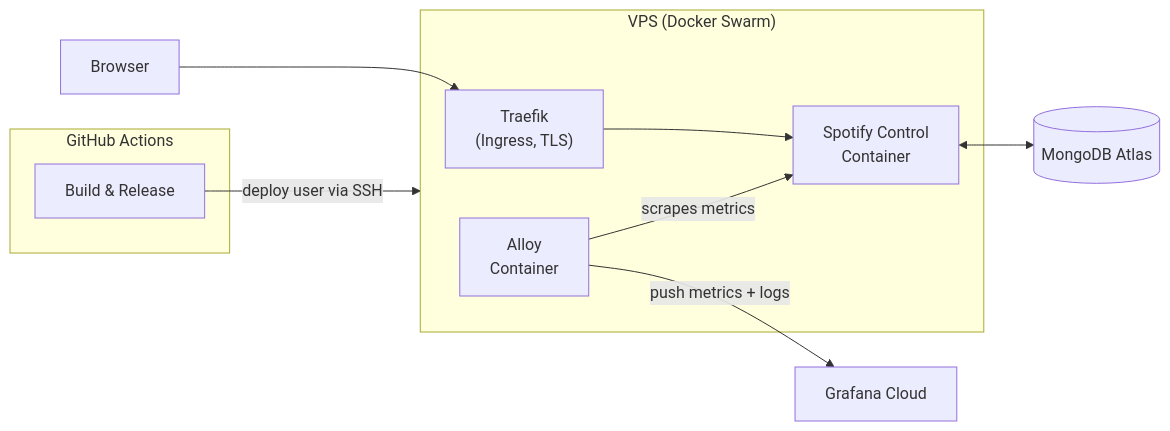
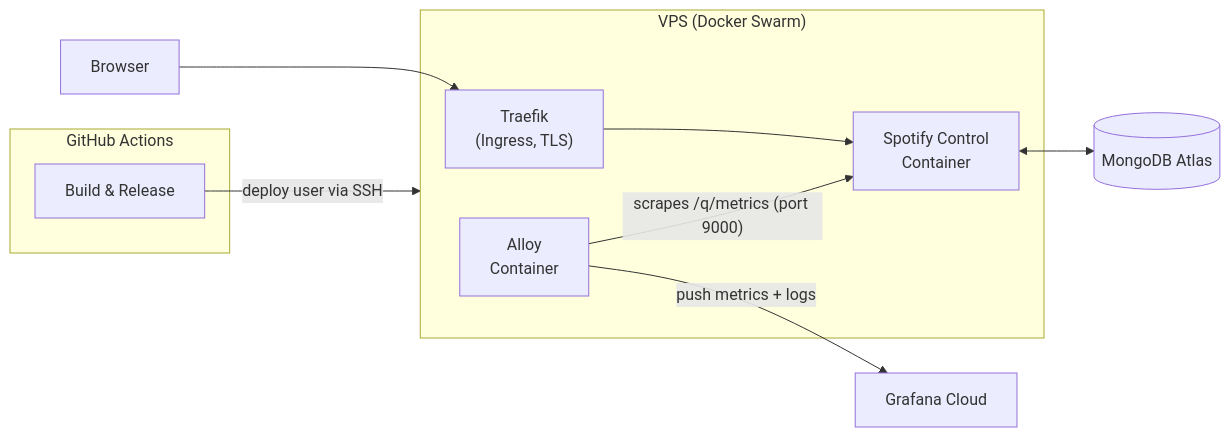
One commit to christiangroth/spotify-control changed the eighth of 8 diagrams in docs/arc42/arc42.md. Above: the diagram before and after it, drawn with Mermaid. The commit also changed other lines of this file and 13 other files, not shown here.

````diff
--- a/docs/arc42/arc42.md
+++ b/docs/arc42/arc42.md
@@ -437,23 +440,23 @@
 ```mermaid
 flowchart LR
     Browser["Browser"]
     MongoDBAtlas[("MongoDB Atlas")]
     GrafanaCloud["Grafana Cloud"]
 
     subgraph GHA["GitHub Actions"]
         Build["Build & Release"]
     end
 
     subgraph VPS["VPS (Docker Swarm)"]
         Traefik["Traefik<br/>(Ingress, TLS)"]
         App["Spotify Control<br/>Container"]
         AlloyC["Alloy<br/>Container"]
     end
 
     Build -->|"deploy user via SSH"| VPS
     Browser --> Traefik
     Traefik --> App
     App <--> MongoDBAtlas
-    AlloyC -->|"scrapes metrics"| App
+    AlloyC -->|"scrapes /q/metrics (port 9000)"| App
     AlloyC -->|"push metrics + logs"| GrafanaCloud
 ```
````
